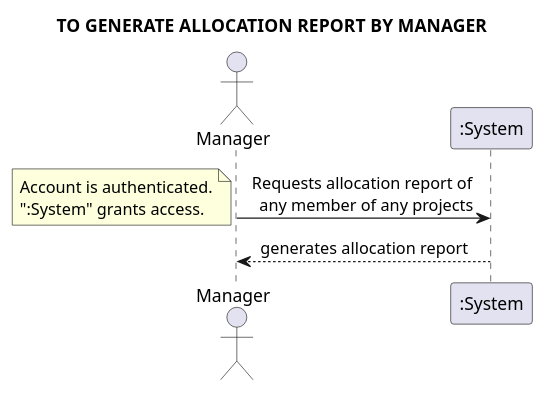
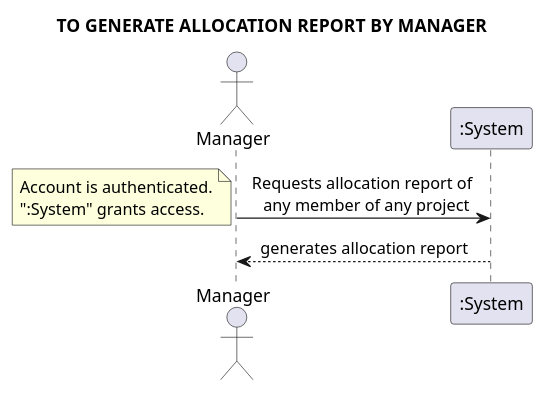
Diagram 21 of 26 in docs/requirements_gathering/system_sequence_diagrams/System_Sequence_Diagram.puml (Loracline/project_switch_22-23), drawn with PlantUML before and after one commit. The commit also changed other lines of this file and 11 other files, not shown here.

```diff
--- a/docs/requirements_gathering/system_sequence_diagrams/System_Sequence_Diagram.puml
+++ b/docs/requirements_gathering/system_sequence_diagrams/System_Sequence_Diagram.puml
@@ -334,11 +319,11 @@
 @startuml
 skinparam sequenceMessageAlign center
 title TO GENERATE ALLOCATION REPORT BY MANAGER
-actor "Manager" as UIP
-UIP -> ":System": Requests allocation report of \n any member of any projects
+actor "Manager"
+"Manager" -> ":System": Requests allocation report of \n any member of any project
 note left
 Account is authenticated.
 ":System" grants access.
 end note
-UIP <-- ":System": generates allocation report
+"Manager" <-- ":System": generates allocation report
 @enduml
```
